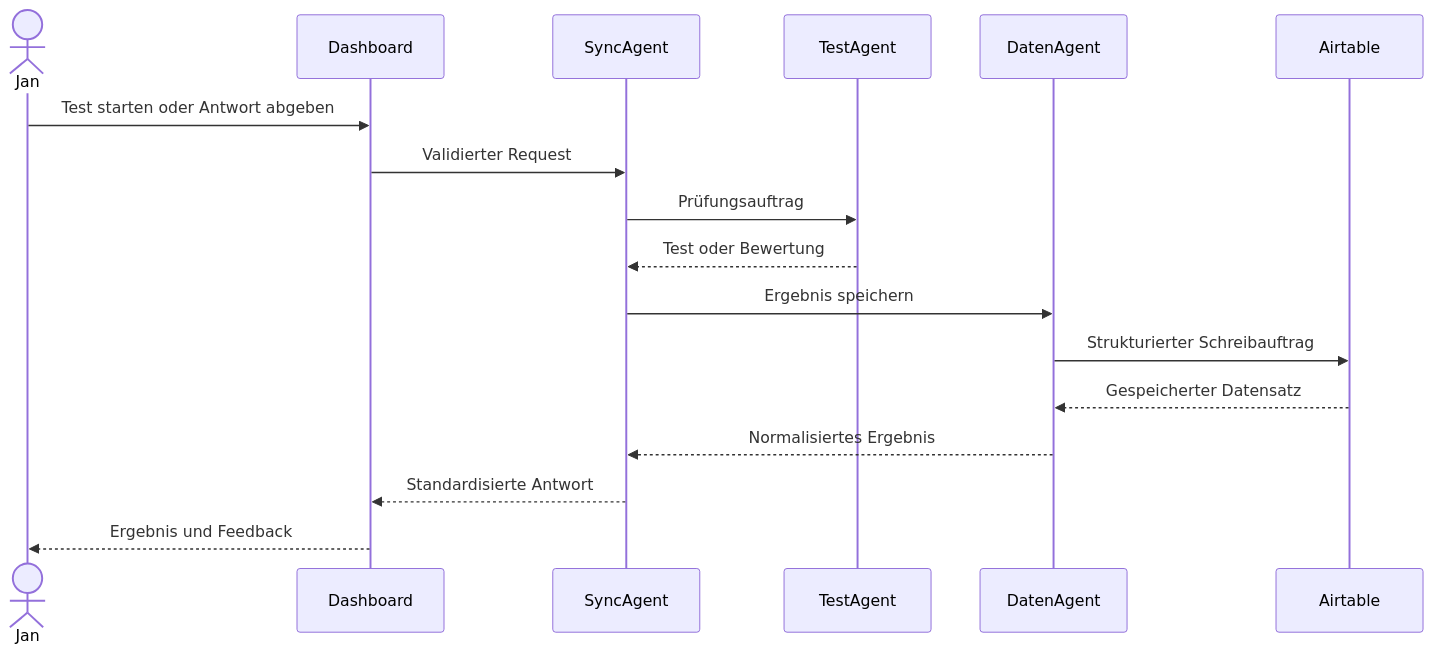
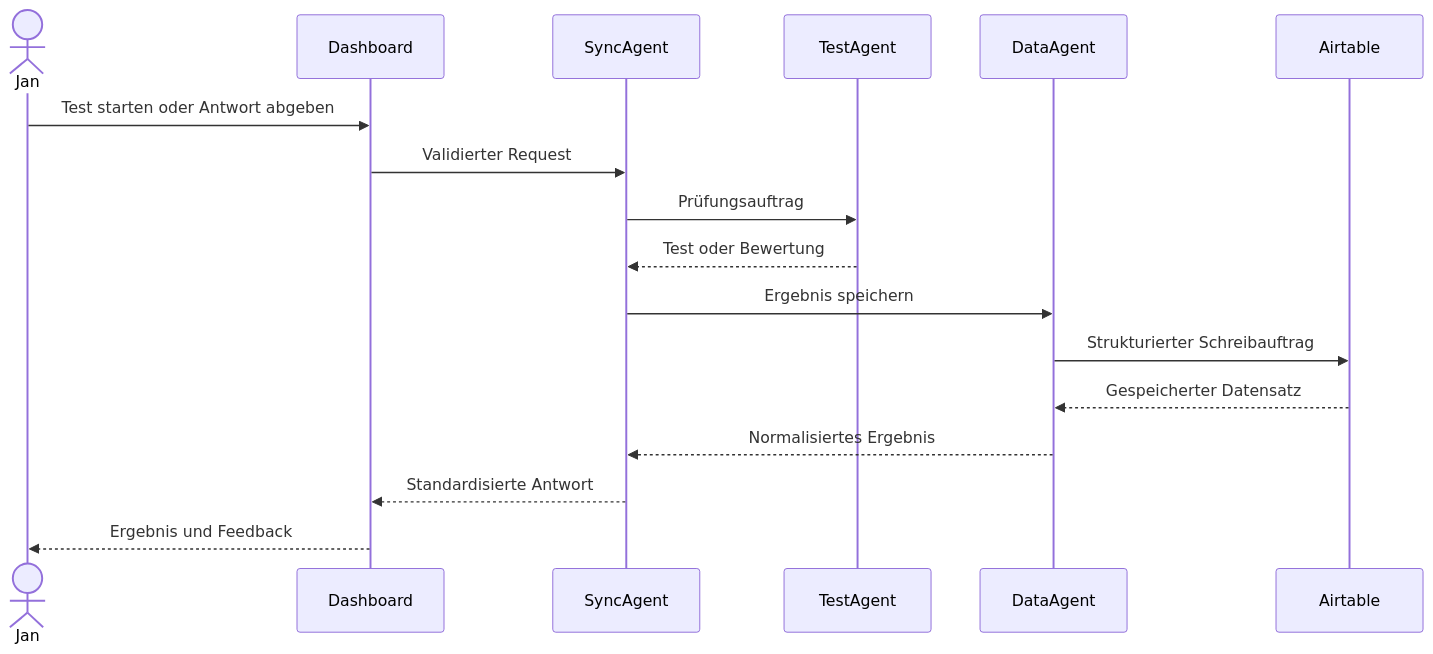
Before and after one commit to Varudan/goldendawn-os: the second of 2 diagrams in docs/architecture.md, drawn with Mermaid. The commit also changed other lines of this file and 8 other files, not shown here.

Commit message:
docs: plan local modules and standardize DataAgent naming (#15)

````diff
--- a/docs/architecture.md
+++ b/docs/architecture.md
@@ -267,20 +346,20 @@
 ```mermaid
 sequenceDiagram
     actor User as Jan
     participant UI as Dashboard
     participant Sync as SyncAgent
     participant Test as TestAgent
-    participant Data as DatenAgent
+    participant Data as DataAgent
     participant DB as Airtable
 
     User->>UI: Test starten oder Antwort abgeben
     UI->>Sync: Validierter Request
     Sync->>Test: Prüfungsauftrag
     Test-->>Sync: Test oder Bewertung
     Sync->>Data: Ergebnis speichern
     Data->>DB: Strukturierter Schreibauftrag
     DB-->>Data: Gespeicherter Datensatz
     Data-->>Sync: Normalisiertes Ergebnis
     Sync-->>UI: Standardisierte Antwort
     UI-->>User: Ergebnis und Feedback
 ```
````
